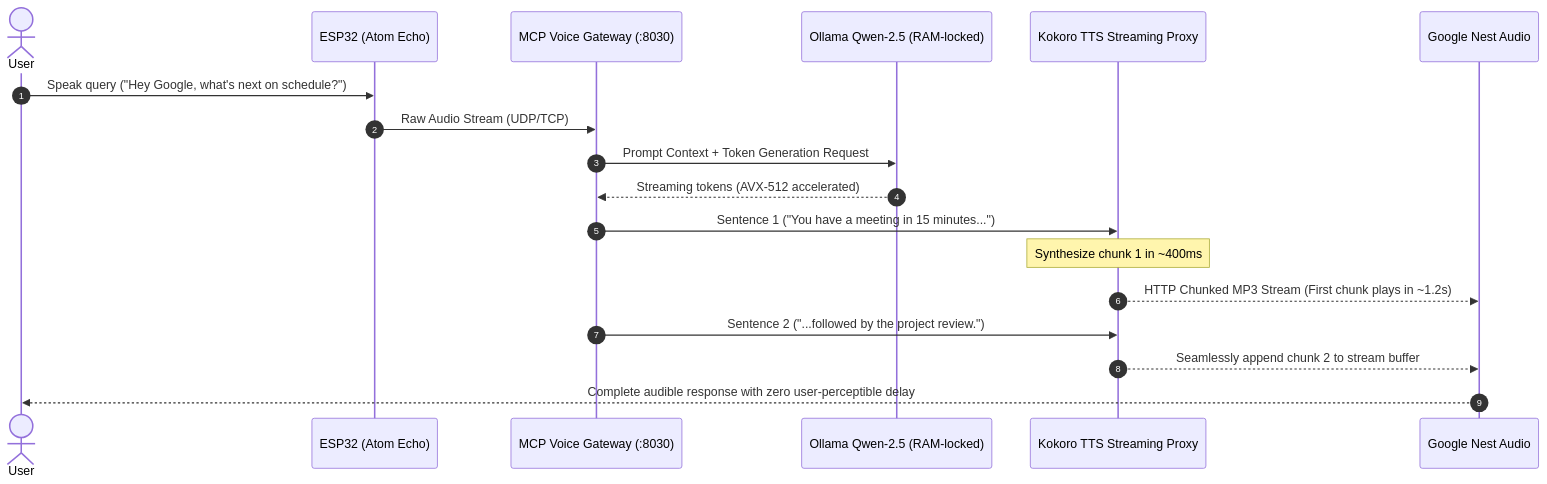
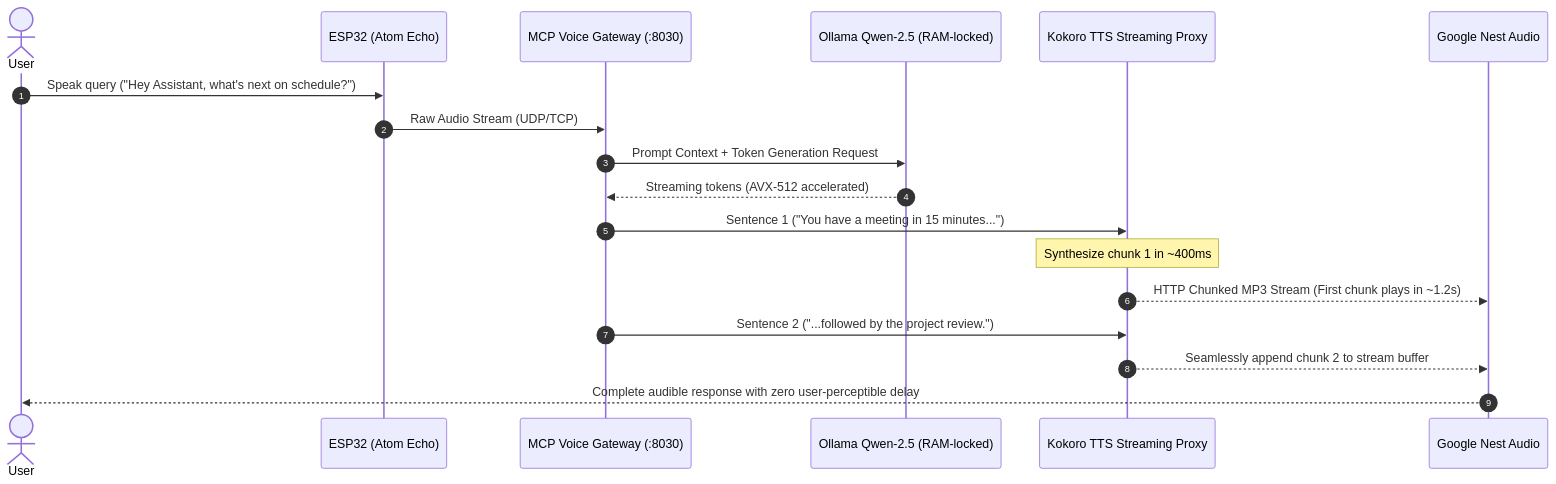
One commit to sherazlodhi/homelab-architecture changed the third of 3 diagrams in README.md. Above: the diagram before and after it, drawn with Mermaid. The commit also changed other lines of this file and 1 other file, not shown here.

````diff
--- a/README.md
+++ b/README.md
@@ -146,21 +146,21 @@
 ```mermaid
 sequenceDiagram
     autonumber
     actor User
     participant Mic as ESP32 (Atom Echo)
     participant Gateway as MCP Voice Gateway (:8030)
     participant LLM as Ollama Qwen-2.5 (RAM-locked)
     participant TTS as Kokoro TTS Streaming Proxy
     participant Speaker as Google Nest Audio
 
-    User->>Mic: Speak query ("Hey Google, what's next on schedule?")
+    User->>Mic: Speak query ("Hey Assistant, what's next on schedule?")
     Mic->>Gateway: Raw Audio Stream (UDP/TCP)
     Gateway->>LLM: Prompt Context + Token Generation Request
     LLM-->>Gateway: Streaming tokens (AVX-512 accelerated)
     Gateway->>TTS: Sentence 1 ("You have a meeting in 15 minutes...")
     Note over TTS: Synthesize chunk 1 in ~400ms
     TTS-->>Speaker: HTTP Chunked MP3 Stream (First chunk plays in ~1.2s)
     Gateway->>TTS: Sentence 2 ("...followed by the project review.")
     TTS-->>Speaker: Seamlessly append chunk 2 to stream buffer
     Speaker-->>User: Complete audible response with zero user-perceptible delay
 ```
````
